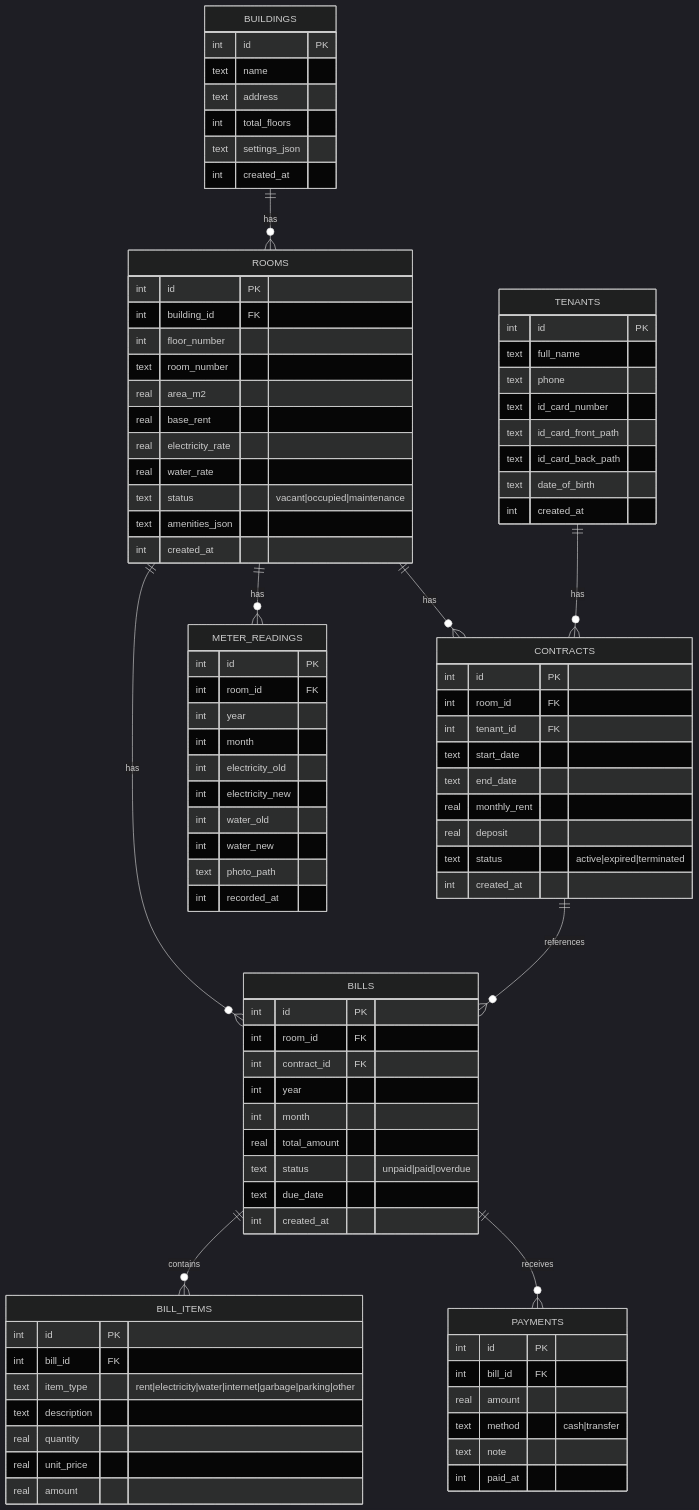
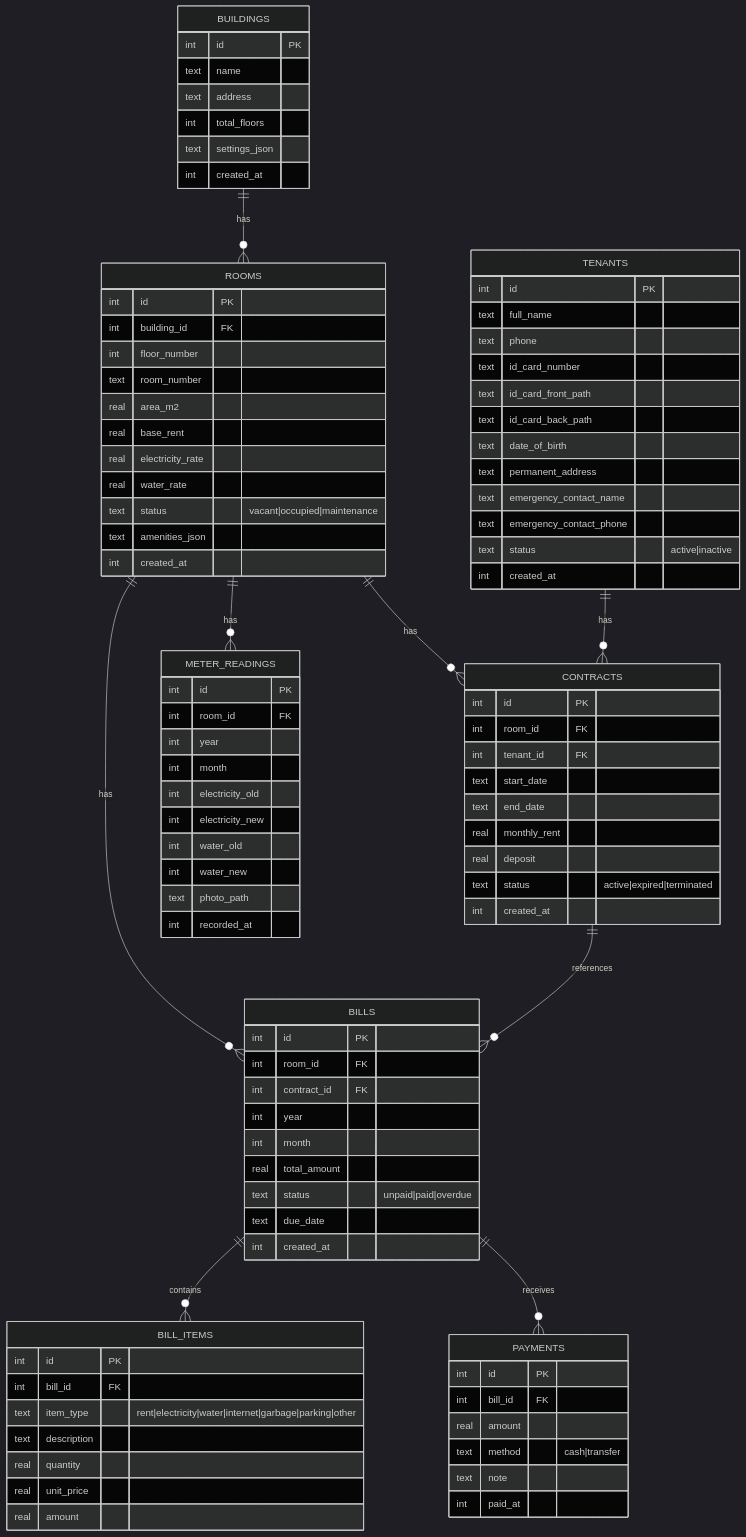
One commit to ngaothetieutu/Hostify changed the fourth of 4 diagrams in docs/project_overview.md. Above: the diagram before and after it, drawn with Mermaid (dark theme). The commit also changed other lines of this file and 12 other files, not shown here.

```diff
--- a/docs/project_overview.md
+++ b/docs/project_overview.md
@@ -242,6 +244,10 @@
         text id_card_front_path
         text id_card_back_path
         text date_of_birth
+        text permanent_address
+        text emergency_contact_name
+        text emergency_contact_phone
+        text status "active|inactive"
         int created_at
     }
 
```
